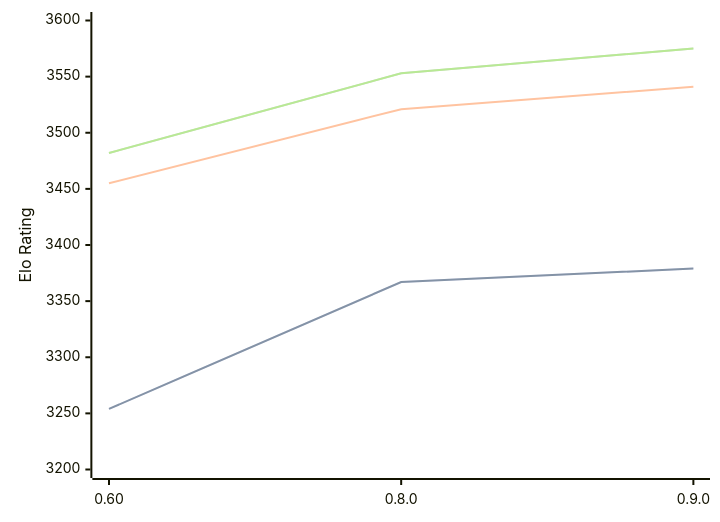
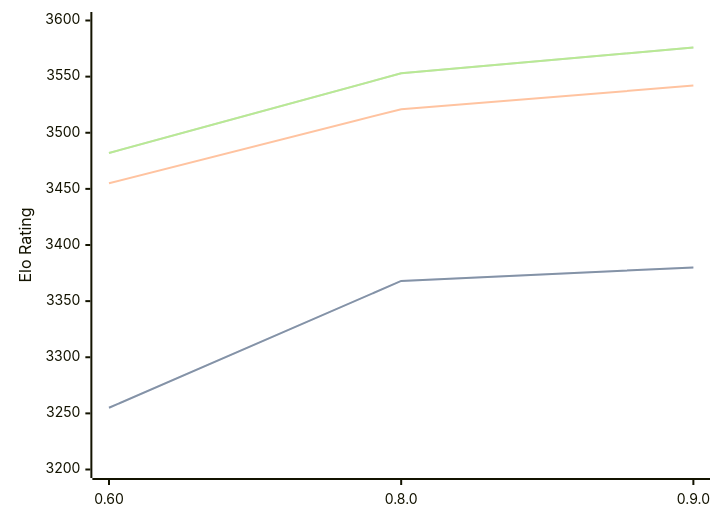
The diagram in engines/Motor.md (computer-chess-index/cci), drawn with Mermaid before and after one commit. The commit also changed other lines of this file, not shown here.

Commit message:
Update CCI Ratings (ELO VLTC) - 2026-05-03

````diff
--- a/engines/Motor.md
+++ b/engines/Motor.md
@@ -39,11 +39,11 @@
 ```mermaid
 %%{init: {"theme":"base","themeVariables":{"seriesColors:['#a3a3a3','#222221','#faa371']}}}%%
 xychart-beta
   x-axis ["0.60", "0.8.0", "0.9.0"]
   y-axis "Elo Rating" 3200 --> 3600
-  line "STC (8.0+0.08s)" [3254, 3367, 3379]
-  line "STC (8.0+0.08s)" [3254, 3367, 3379]
-  line "LTC (60.0+0.60s)" [3455, 3521, 3541]
-  line "VLTC (2m24s+1.12s)" [3482, 3553, 3575]
-  line "VLTC (2m24s+1.12s)" [3482, 3553, 3575]
+  line "STC (8.0+0.08s)" [3255, 3368, 3380]
+  line "STC (8.0+0.08s)" [3255, 3368, 3380]
+  line "LTC (60.0+0.60s)" [3455, 3521, 3542]
+  line "VLTC (2m24s+1.12s)" [3482, 3553, 3576]
+  line "VLTC (2m24s+1.12s)" [3482, 3553, 3576]
 ```
````
